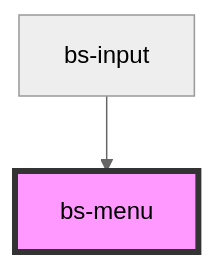
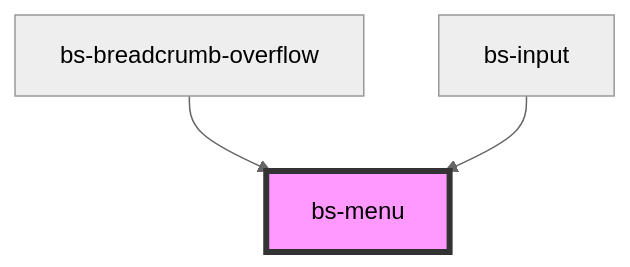
One commit to vivka-eg/Brandsync-web-components changed the diagram in src/components/bs-menu/readme.md. Above: the diagram before and after it, drawn with Mermaid (neutral theme). The commit also changed other lines of this file and 81 other files, not shown here.

````diff
--- a/src/components/bs-menu/readme.md
+++ b/src/components/bs-menu/readme.md
@@ -42,5 +43,6 @@
 ```mermaid
 graph TD;
+  bs-breadcrumb-overflow --> bs-menu
   bs-input --> bs-menu
   style bs-menu fill:#f9f,stroke:#333,stroke-width:4px
 ```
````
